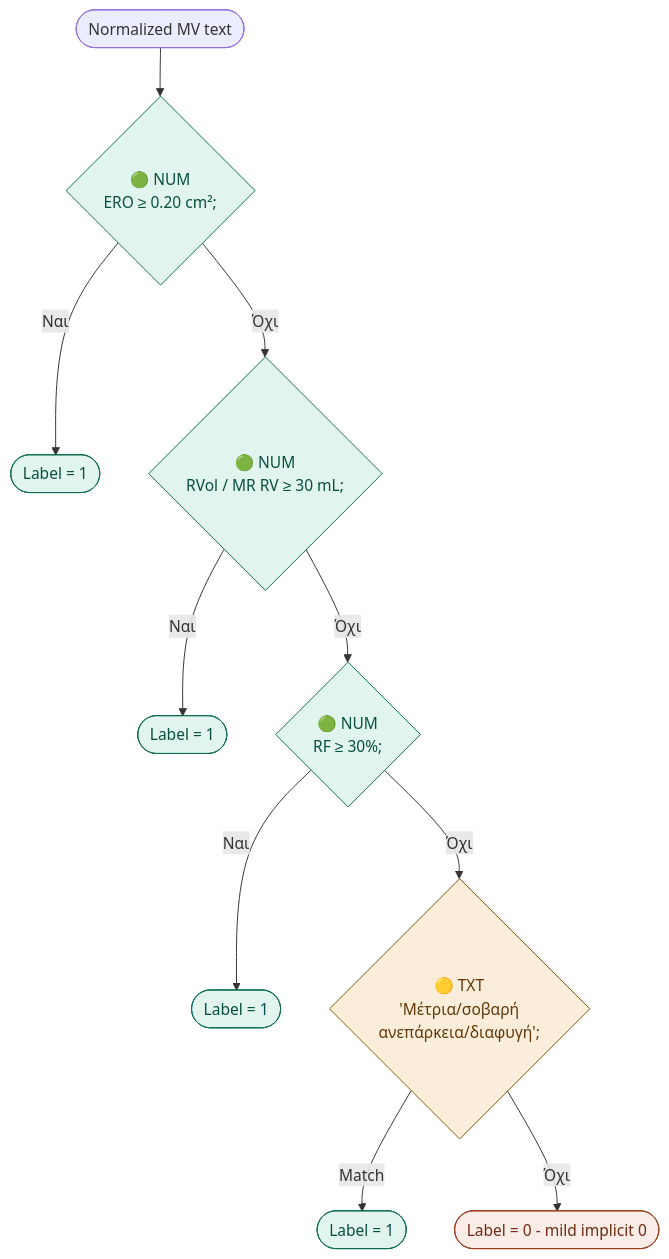
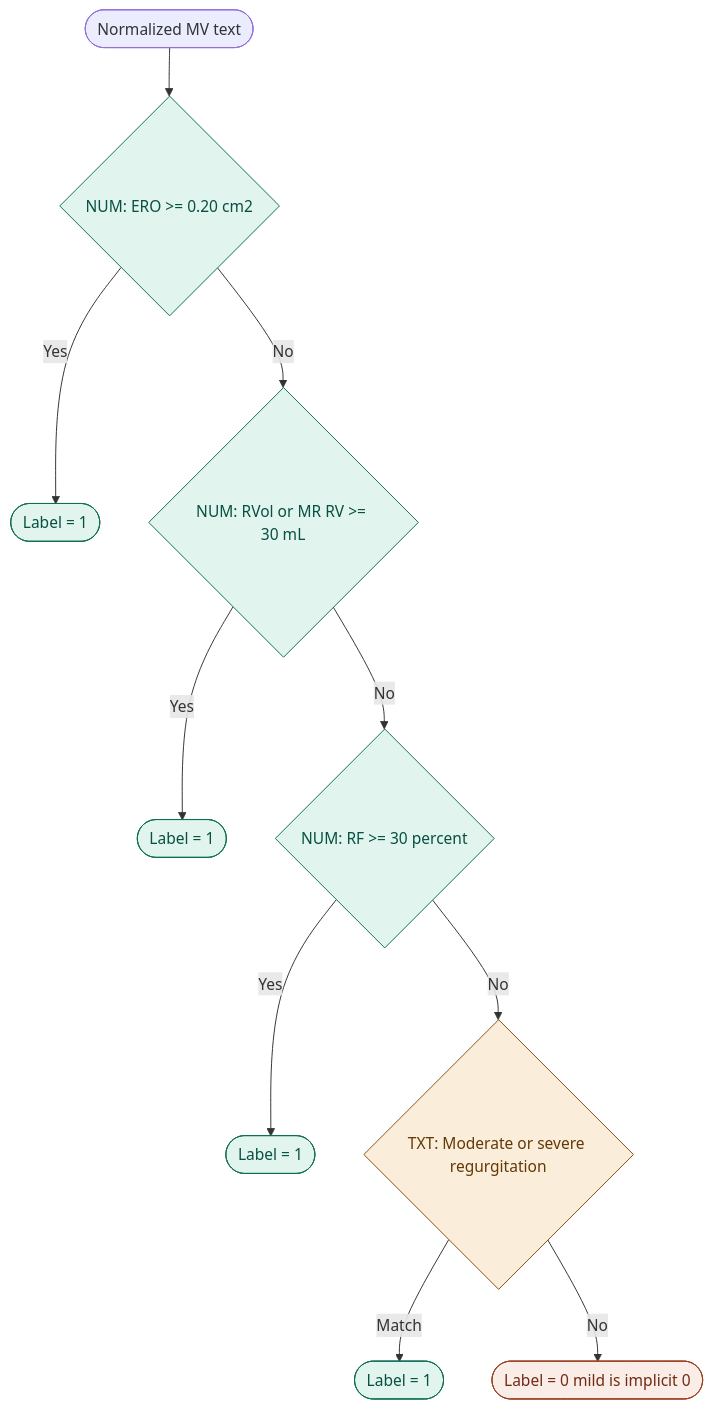
Before and after one commit to evatsioumani/Echo: the ninth of 17 diagrams in BINARY_EXTRACTION.md, drawn with Mermaid. The commit also changed other lines of this file, not shown here.

````diff
--- a/BINARY_EXTRACTION.md
+++ b/BINARY_EXTRACTION.md
@@ -228,22 +230,22 @@
 ```mermaid
 flowchart TD
-    A([Normalized MV text]) --> B{🟢 NUM\nERO ≥ 0.20 cm²;}
-    B -->|Ναι| Z1([Label = 1])
-    B -->|Όχι| C{🟢 NUM\nRVol / MR RV ≥ 30 mL;}
-    C -->|Ναι| Z1b([Label = 1])
-    C -->|Όχι| D{🟢 NUM\nRF ≥ 30%;}
-    D -->|Ναι| Z1c([Label = 1])
-    D -->|Όχι| E{🟡 TXT\n'Μέτρια/σοβαρή\nανεπάρκεια/διαφυγή';}
+    A([Normalized MV text]) --> B{NUM: ERO >= 0.20 cm2}
+    B -->|Yes| Z1([Label = 1])
+    B -->|No| C{NUM: RVol or MR RV >= 30 mL}
+    C -->|Yes| Z1b([Label = 1])
+    C -->|No| D{NUM: RF >= 30 percent}
+    D -->|Yes| Z1c([Label = 1])
+    D -->|No| E{TXT: Moderate or severe regurgitation}
     E -->|Match| Z1d([Label = 1])
-    E -->|Όχι| Z0([Label = 0 - mild implicit 0])
+    E -->|No| Z0([Label = 0 mild is implicit 0])
 
     style Z0 fill:#FAECE7,stroke:#993C1D,color:#712B13
     style Z1 fill:#E1F5EE,stroke:#0F6E56,color:#085041
     style Z1b fill:#E1F5EE,stroke:#0F6E56,color:#085041
     style Z1c fill:#E1F5EE,stroke:#0F6E56,color:#085041
     style Z1d fill:#E1F5EE,stroke:#0F6E56,color:#085041
     style B fill:#E1F5EE,stroke:#0F6E56,color:#085041
     style C fill:#E1F5EE,stroke:#0F6E56,color:#085041
     style D fill:#E1F5EE,stroke:#0F6E56,color:#085041
     style E fill:#FAEEDA,stroke:#854F0B,color:#633806
 ```
````
